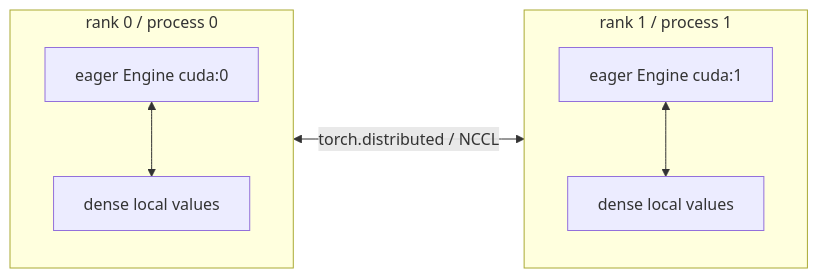
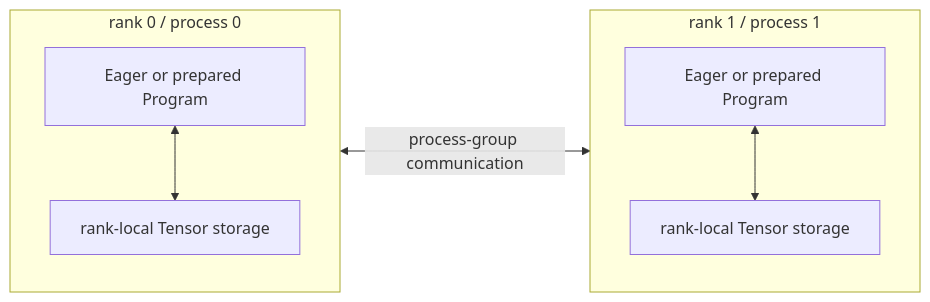
One commit to visualDust/fhelium changed the first of 3 diagrams in docs/concepts/distributed/spmd-model.md. Above: the diagram before and after it, drawn with Mermaid. The commit also changed other lines of this file and 426 other files, not shown here.

````diff
--- a/docs/concepts/distributed/spmd-model.md
+++ b/docs/concepts/distributed/spmd-model.md
@@ -9,14 +7,14 @@
 ```mermaid
 graph LR
     subgraph R0[rank 0 / process 0]
-      E0[eager Engine cuda:0]
-      V0[dense local values]
+      E0[Eager or prepared Program]
+      V0[rank-local Tensor storage]
       E0 <--> V0
     end
     subgraph R1[rank 1 / process 1]
-      E1[eager Engine cuda:1]
-      V1[dense local values]
+      E1[Eager or prepared Program]
+      V1[rank-local Tensor storage]
       E1 <--> V1
     end
-    R0 <-->|torch.distributed / NCCL| R1
+    R0 <-->|process-group communication| R1
 ```
````
